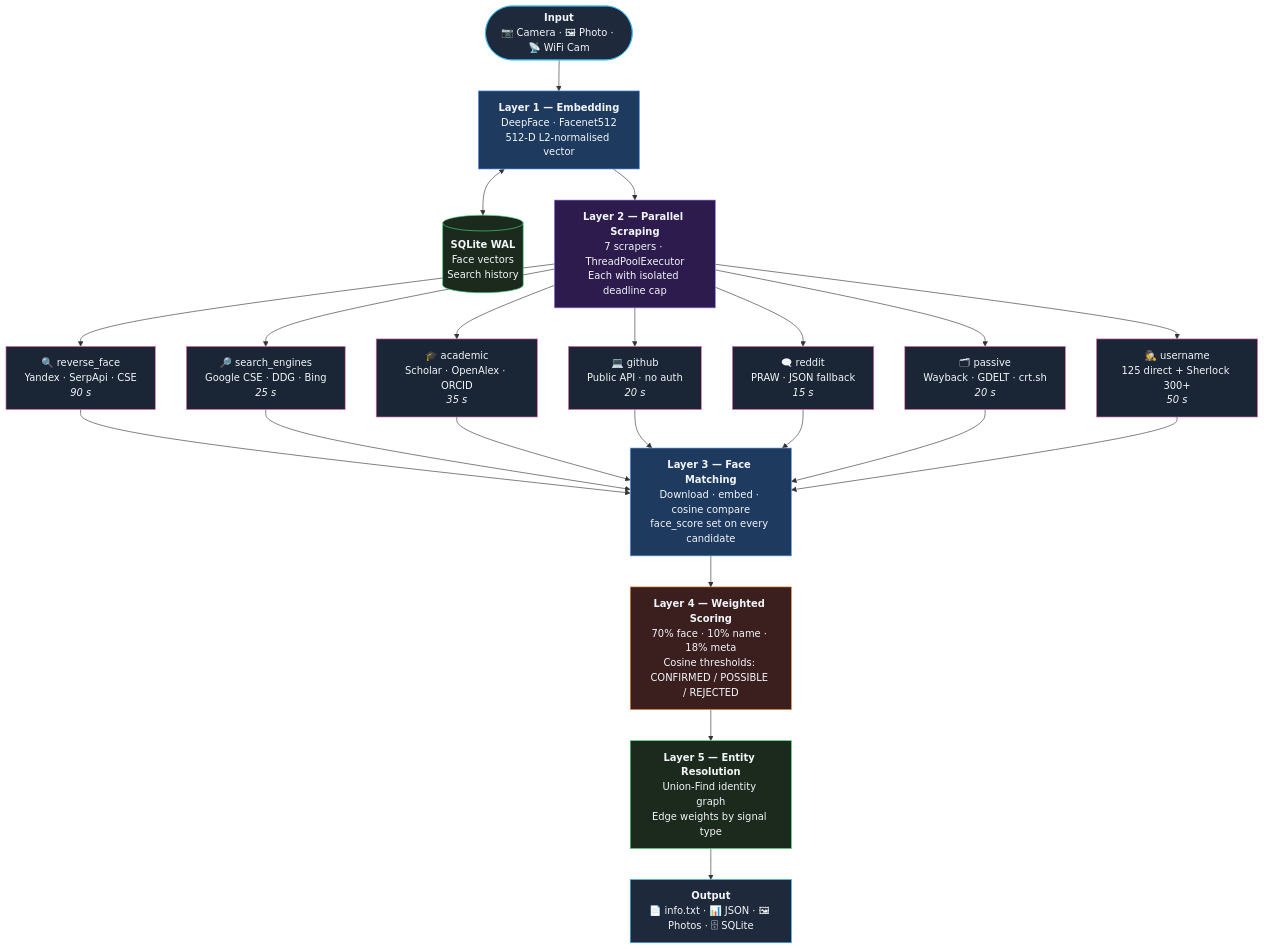
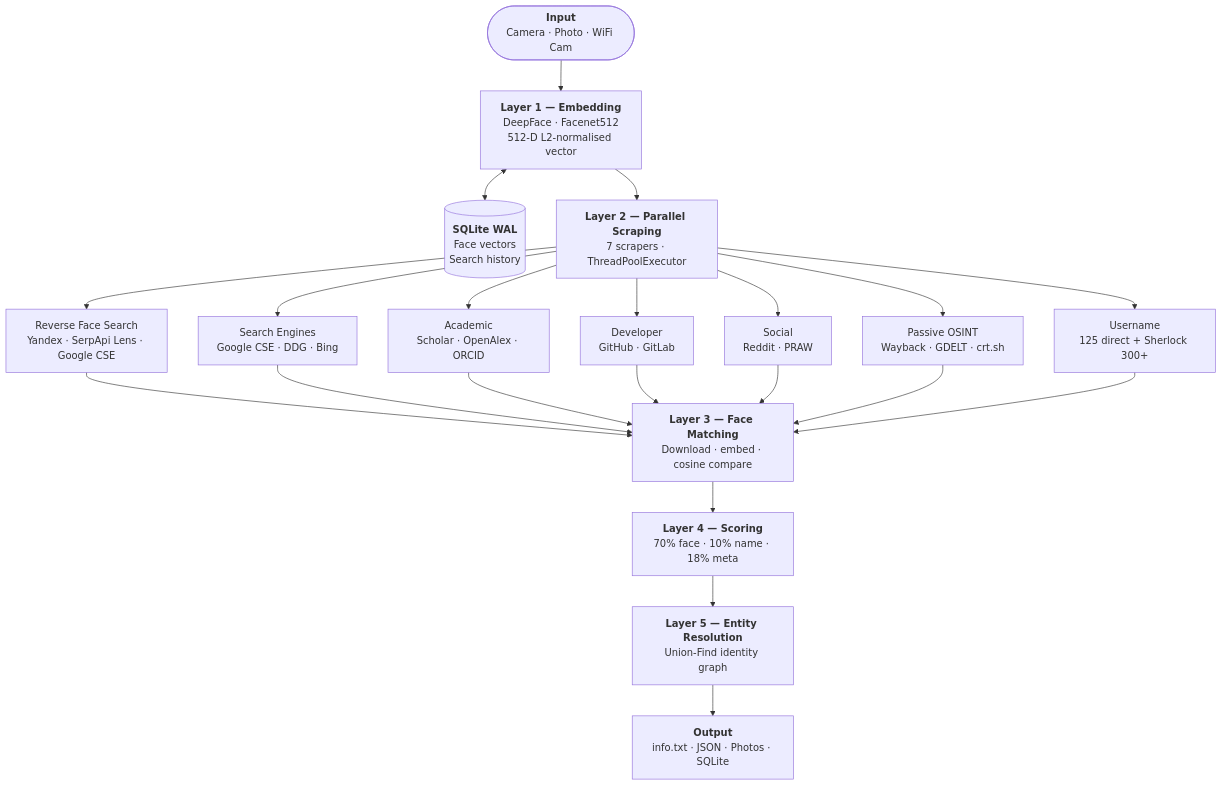
Before and after one commit to TrippyEngineer/face-osint: the second of 3 diagrams in README.md, drawn with Mermaid. The commit also changed other lines of this file and 1 other file, not shown here.

````diff
--- a/README.md
+++ b/README.md
@@ -28,79 +168,52 @@
 ```mermaid
 flowchart TD
     INPUT(["`**Input**
-    📷 Camera · 🖼 Photo · 📡 WiFi Cam`"])
+    Camera · Photo · WiFi Cam`"])
 
     EMB["`**Layer 1 — Embedding**
     DeepFace · Facenet512
     512-D L2-normalised vector`"]
 
     DB[("`**SQLite WAL**
     Face vectors
     Search history`")]
 
     SCRAPE["`**Layer 2 — Parallel Scraping**
-    7 scrapers · ThreadPoolExecutor
-    Each with isolated deadline cap`"]
+    7 scrapers · ThreadPoolExecutor`"]
 
-    S1["`🔍 reverse_face
-    Yandex · SerpApi · CSE
-    _90 s_`"]
-    S2["`🔎 search_engines
-    Google CSE · DDG · Bing
-    _25 s_`"]
-    S3["`🎓 academic
-    Scholar · OpenAlex · ORCID
-    _35 s_`"]
-    S4["`💻 github
-    Public API · no auth
-    _20 s_`"]
-    S5["`🗨 reddit
-    PRAW · JSON fallback
-    _15 s_`"]
-    S6["`🗂 passive
-    Wayback · GDELT · crt.sh
-    _20 s_`"]
-    S7["`🕵 username
-    125 direct + Sherlock 300+
-    _50 s_`"]
+    S1["`Reverse Face Search
+    Yandex · SerpApi Lens · Google CSE`"]
+    S2["`Search Engines
+    Google CSE · DDG · Bing`"]
+    S3["`Academic
+    Scholar · OpenAlex · ORCID`"]
+    S4["`Developer
+    GitHub · GitLab`"]
+    S5["`Social
+    Reddit · PRAW`"]
+    S6["`Passive OSINT
+    Wayback · GDELT · crt.sh`"]
+    S7["`Username
+    125 direct + Sherlock 300+`"]
 
     MATCH["`**Layer 3 — Face Matching**
-    Download · embed · cosine compare
-    face_score set on every candidate`"]
+    Download · embed · cosine compare`"]
 
-    SCORE["`**Layer 4 — Weighted Scoring**
-    70% face · 10% name · 18% meta
-    Cosine thresholds: CONFIRMED / POSSIBLE / REJECTED`"]
+    SCORE["`**Layer 4 — Scoring**
+    70% face · 10% name · 18% meta`"]
 
     RESOLVE["`**Layer 5 — Entity Resolution**
-    Union-Find identity graph
-    Edge weights by signal type`"]
+    Union-Find identity graph`"]
 
     OUT["`**Output**
-    📄 info.txt · 📊 JSON · 🖼 Photos · 🗄 SQLite`"]
+    info.txt · JSON · Photos · SQLite`"]
 
     INPUT --> EMB
     EMB <--> DB
     EMB --> SCRAPE
     SCRAPE --> S1 & S2 & S3 & S4 & S5 & S6 & S7
     S1 & S2 & S3 & S4 & S5 & S6 & S7 --> MATCH
     MATCH --> SCORE
     SCORE --> RESOLVE
     RESOLVE --> OUT
-
-    style INPUT fill:#1e293b,stroke:#38bdf8,color:#f1f5f9
-    style EMB fill:#1e3a5f,stroke:#60a5fa,color:#f1f5f9
-    style DB fill:#1c2a1e,stroke:#4ade80,color:#f1f5f9
-    style SCRAPE fill:#2d1b4e,stroke:#a78bfa,color:#f1f5f9
-    style S1 fill:#1a2535,stroke:#f472b6,color:#f1f5f9
-    style S2 fill:#1a2535,stroke:#f472b6,color:#f1f5f9
-    style S3 fill:#1a2535,stroke:#f472b6,color:#f1f5f9
-    style S4 fill:#1a2535,stroke:#f472b6,color:#f1f5f9
-    style S5 fill:#1a2535,stroke:#f472b6,color:#f1f5f9
-    style S6 fill:#1a2535,stroke:#f472b6,color:#f1f5f9
-    style S7 fill:#1a2535,stroke:#f472b6,color:#f1f5f9
-    style MATCH fill:#1e3a5f,stroke:#60a5fa,color:#f1f5f9
-    style SCORE fill:#3b1f1f,stroke:#fb923c,color:#f1f5f9
-    style RESOLVE fill:#1c2a1e,stroke:#4ade80,color:#f1f5f9
-    style OUT fill:#1e293b,stroke:#38bdf8,color:#f1f5f9
 ```
````
